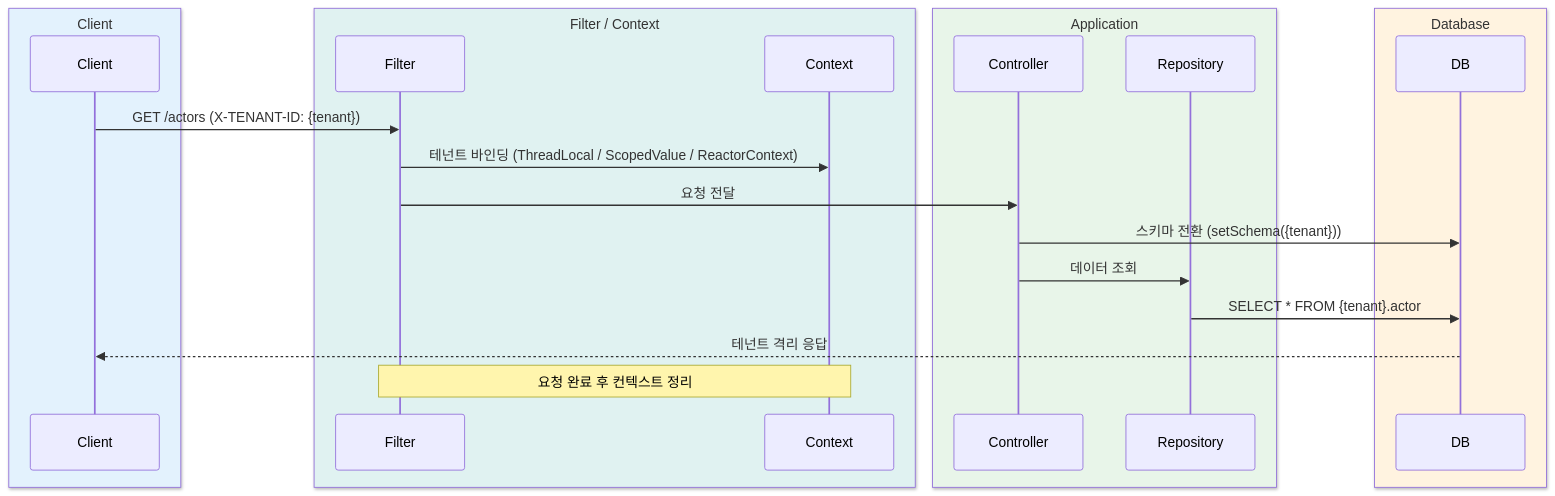
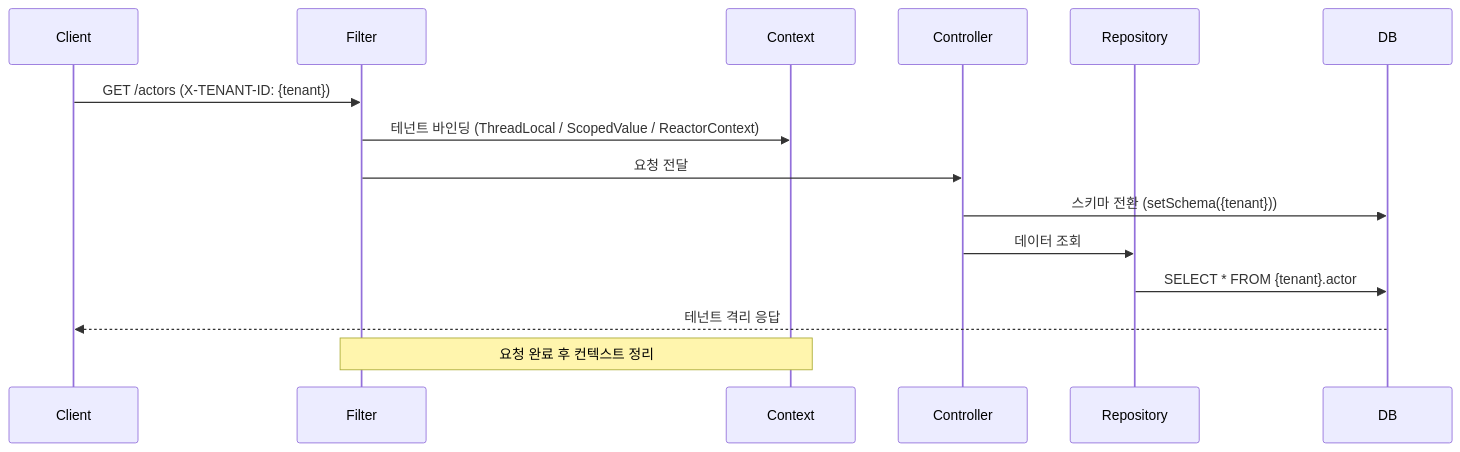
One commit to bluetape4k/exposed-workshop changed the third of 3 diagrams in 10-multi-tenant/README.ko.md. Above: the diagram before and after it, drawn with Mermaid. The commit also changed 42 other files, not shown here.

First line of the commit message:
docs: sequence diagram에서 box rgb() 제거 (option 1 - GitHub dark mode 기본 렌더링 사용)

````diff
--- a/10-multi-tenant/README.ko.md
+++ b/10-multi-tenant/README.ko.md
@@ -156,27 +156,19 @@
 ```mermaid
 %%{init: {"theme": "neutral", "themeVariables": {"fontFamily": "'Comic Mono', 'goorm sans code', 'JetBrains Mono', 'goorm sans'"}}}%%
 sequenceDiagram
-    box rgb(227, 242, 253) Client
-        participant Client
-    end
-    box rgb(224, 242, 241) Filter / Context
-        participant Filter
-        participant Context
-    end
-    box rgb(232, 245, 233) Application
-        participant Controller
-        participant Repository
-    end
-    box rgb(255, 243, 224) Database
-        participant DB
-    end
+    participant Client
+    participant Filter
+    participant Context
+    participant Controller
+    participant Repository
+    participant DB
 
     Client->>Filter: GET /actors (X-TENANT-ID: {tenant})
     Filter->>Context: 테넌트 바인딩 (ThreadLocal / ScopedValue / ReactorContext)
     Filter->>Controller: 요청 전달
     Controller->>DB: 스키마 전환 (setSchema({tenant}))
     Controller->>Repository: 데이터 조회
     Repository->>DB: SELECT * FROM {tenant}.actor
     DB-->>Client: 테넌트 격리 응답
     Note over Filter,Context: 요청 완료 후 컨텍스트 정리
 ```
````
